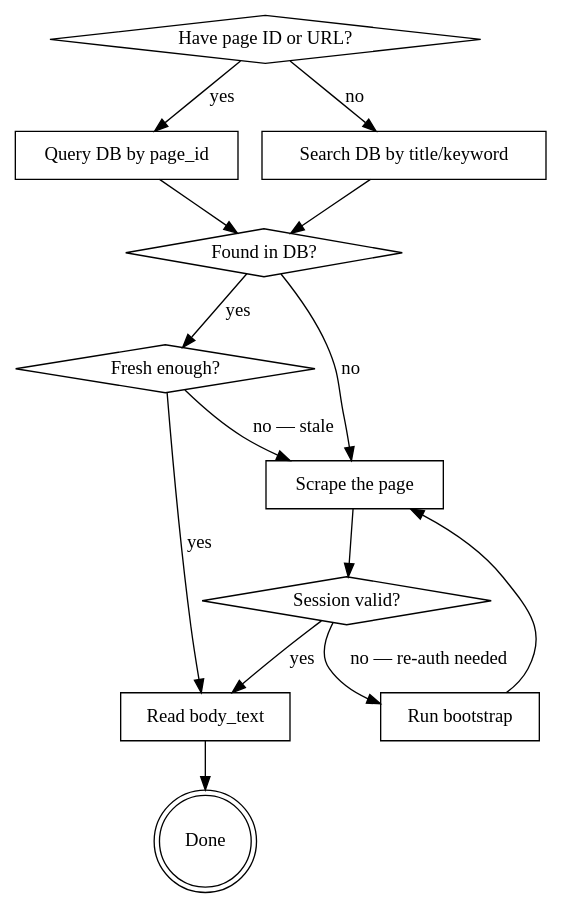
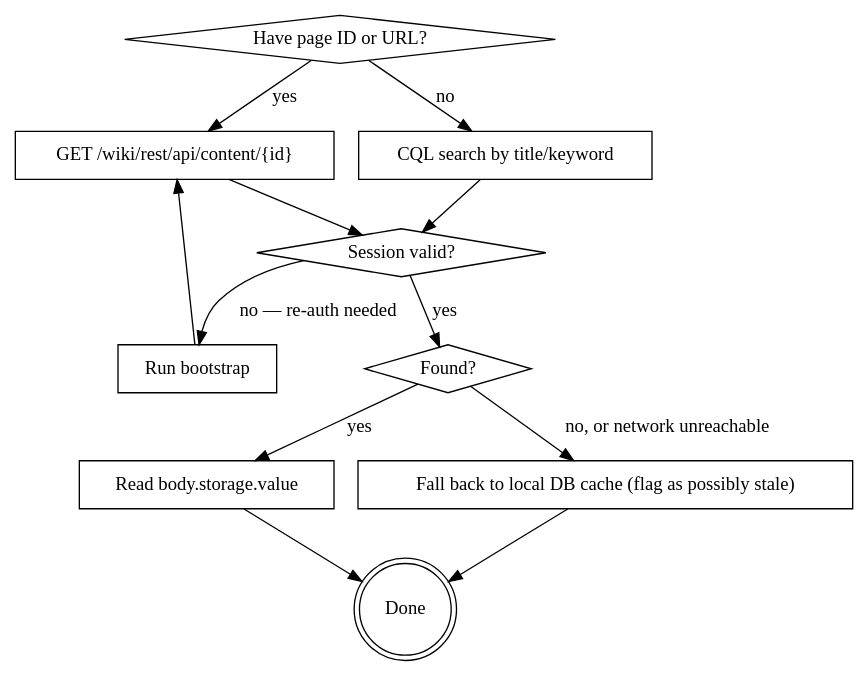
Before and after one commit to sceptre12/agent-hq: the diagram in skills/query-confluence/SKILL.md, drawn with Graphviz. The commit also changed other lines of this file and 1 other file, not shown here.

````diff
--- a/skills/query-confluence/SKILL.md
+++ b/skills/query-confluence/SKILL.md
@@ -47,28 +91,25 @@
 ```dot
 digraph confluence_query {
   "Have page ID or URL?" [shape=diamond];
-  "Query DB by page_id" [shape=box];
-  "Search DB by title/keyword" [shape=box];
-  "Found in DB?" [shape=diamond];
-  "Fresh enough?" [shape=diamond];
-  "Read body_text" [shape=box];
-  "Scrape the page" [shape=box];
+  "GET /wiki/rest/api/content/{id}" [shape=box];
+  "CQL search by title/keyword" [shape=box];
+  "Found?" [shape=diamond];
+  "Read body.storage.value" [shape=box];
   "Session valid?" [shape=diamond];
   "Run bootstrap" [shape=box];
+  "Fall back to local DB cache (flag as possibly stale)" [shape=box];
   "Done" [shape=doublecircle];
 
-  "Have page ID or URL?" -> "Query DB by page_id" [label="yes"];
-  "Have page ID or URL?" -> "Search DB by title/keyword" [label="no"];
-  "Query DB by page_id" -> "Found in DB?" ;
-  "Search DB by title/keyword" -> "Found in DB?";
-  "Found in DB?" -> "Fresh enough?" [label="yes"];
-  "Found in DB?" -> "Scrape the page" [label="no"];
-  "Fresh enough?" -> "Read body_text" [label="yes"];
-  "Fresh enough?" -> "Scrape the page" [label="no — stale"];
-  "Scrape the page" -> "Session valid?" ;
-  "Session valid?" -> "Read body_text" [label="yes"];
+  "Have page ID or URL?" -> "GET /wiki/rest/api/content/{id}" [label="yes"];
+  "Have page ID or URL?" -> "CQL search by title/keyword" [label="no"];
+  "GET /wiki/rest/api/content/{id}" -> "Session valid?";
+  "CQL search by title/keyword" -> "Session valid?";
+  "Session valid?" -> "Found?" [label="yes"];
   "Session valid?" -> "Run bootstrap" [label="no — re-auth needed"];
-  "Run bootstrap" -> "Scrape the page";
-  "Read body_text" -> "Done";
+  "Run bootstrap" -> "GET /wiki/rest/api/content/{id}";
+  "Found?" -> "Read body.storage.value" [label="yes"];
+  "Found?" -> "Fall back to local DB cache (flag as possibly stale)" [label="no, or network unreachable"];
+  "Read body.storage.value" -> "Done";
+  "Fall back to local DB cache (flag as possibly stale)" -> "Done";
 }
 ```
````
